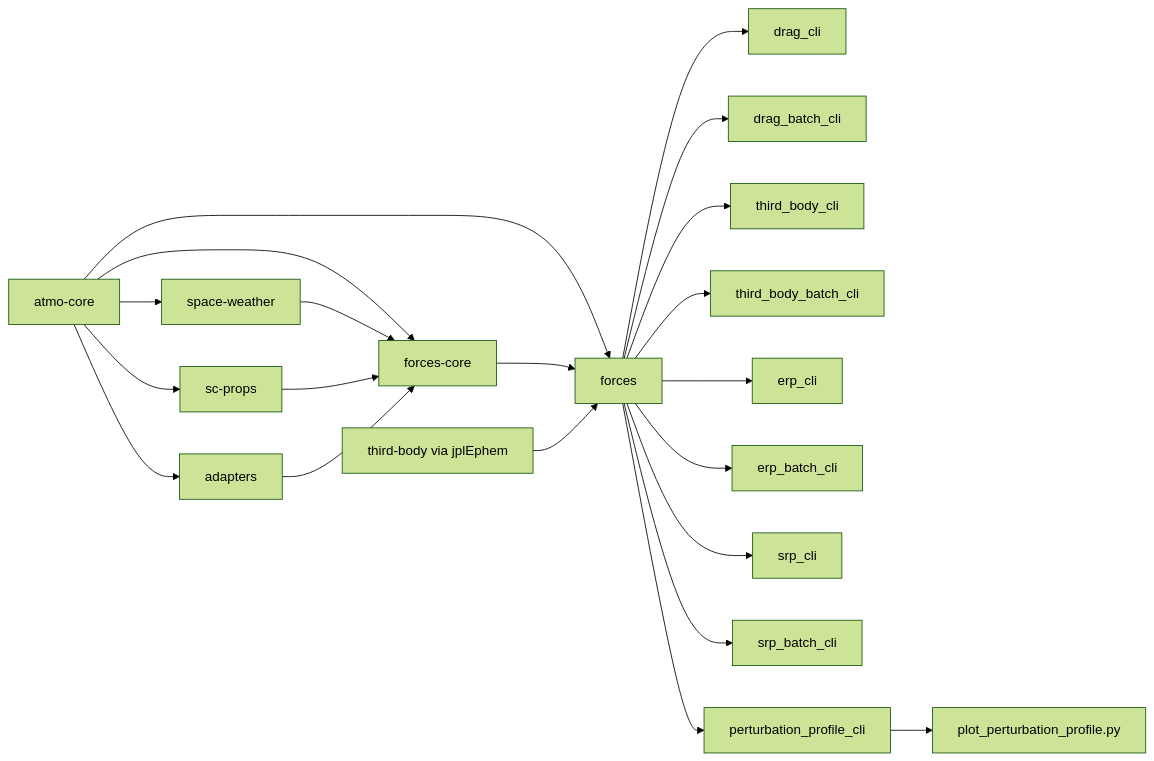
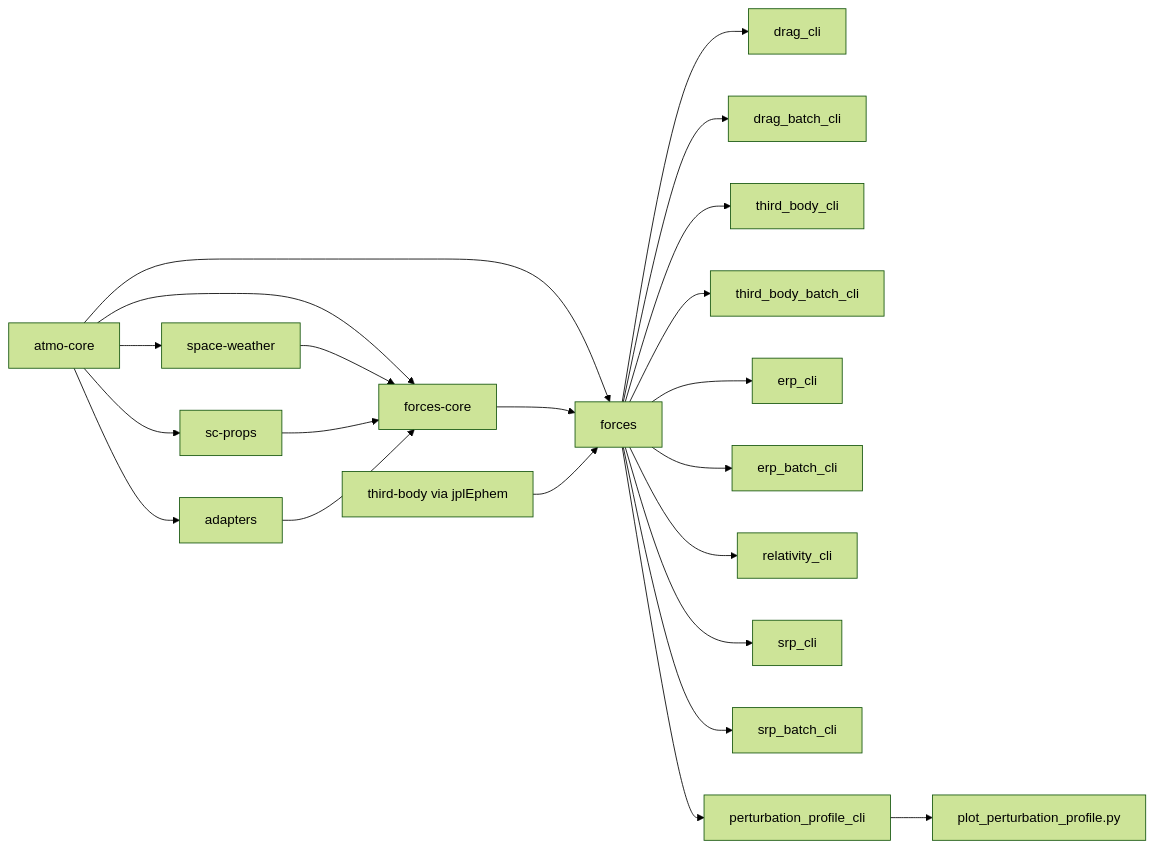
One commit to watsonryan/astroforces changed the diagram in docs/ARCHITECTURE.md. Above: the diagram before and after it, drawn with Mermaid (forest theme). The commit also changed other lines of this file and 13 other files, not shown here.

Commit message:
add eq25 relativity force model and cli

````diff
--- a/docs/ARCHITECTURE.md
+++ b/docs/ARCHITECTURE.md
@@ -4,23 +4,24 @@
 ```mermaid
 flowchart LR
   A[atmo-core] --> B[space-weather]
   A --> C[sc-props]
   A --> D[adapters]
   A --> E[forces-core]
   A --> F[forces]
   B --> E
   C --> E
   D --> E
   E --> F
   T[third-body via jplEphem] --> F
   F --> G[drag_cli]
   F --> H[drag_batch_cli]
   F --> X[third_body_cli]
   F --> Y[third_body_batch_cli]
   F --> R[erp_cli]
   F --> V[erp_batch_cli]
+  F --> W[relativity_cli]
   F --> S[srp_cli]
   F --> U[srp_batch_cli]
   F --> P[perturbation_profile_cli]
   P --> Q[plot_perturbation_profile.py]
 ```
````
